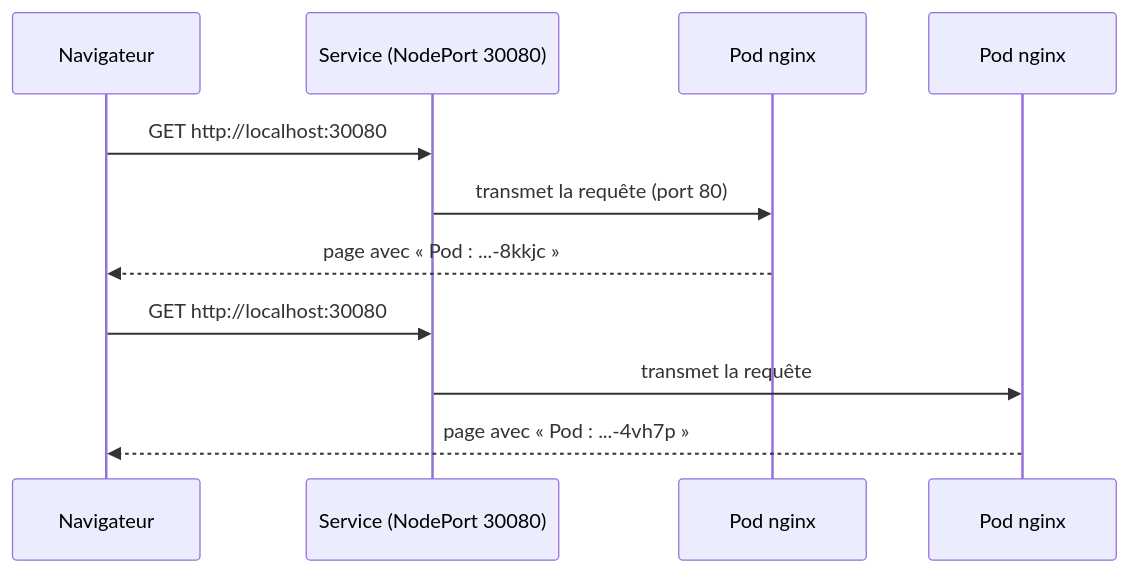
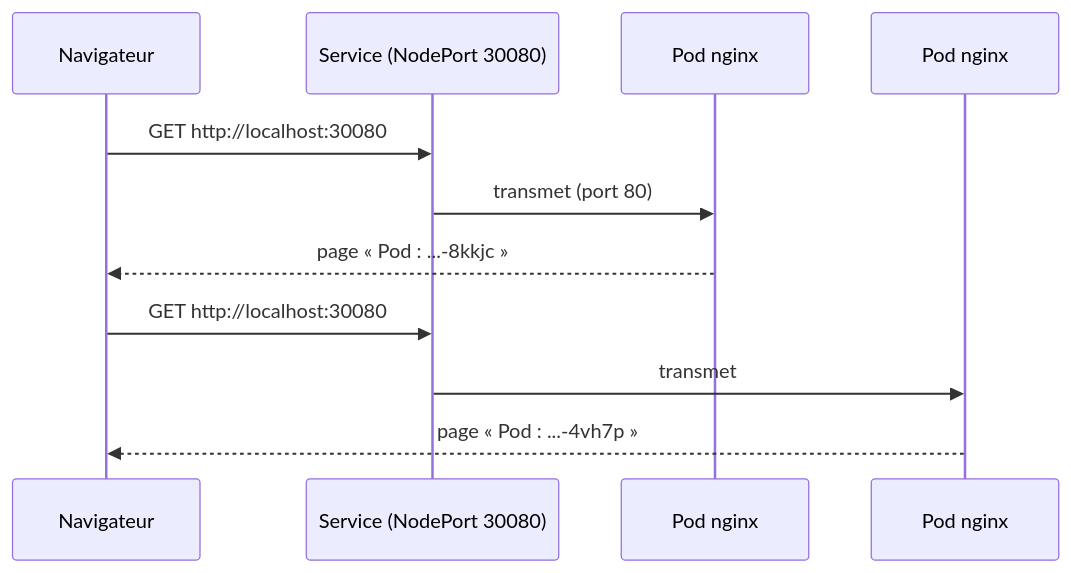
The sixth of 10 diagrams in README.md (sokhonad/k8s), drawn with Mermaid before and after one commit. The commit also changed other lines of this file, not shown here.

````diff
--- a/README.md
+++ b/README.md
@@ -185,15 +241,14 @@
 ```mermaid
 sequenceDiagram
     participant N as Navigateur
     participant S as Service (NodePort 30080)
     participant P1 as Pod nginx #1
     participant P2 as Pod nginx #2
 
     N->>S: GET http://localhost:30080
-    S->>P1: transmet la requête (port 80)
-    P1-->>N: page avec « Pod : ...-8kkjc »
-
+    S->>P1: transmet (port 80)
+    P1-->>N: page « Pod : ...-8kkjc »
     N->>S: GET http://localhost:30080
-    S->>P2: transmet la requête
-    P2-->>N: page avec « Pod : ...-4vh7p »
+    S->>P2: transmet
+    P2-->>N: page « Pod : ...-4vh7p »
 ```
````
